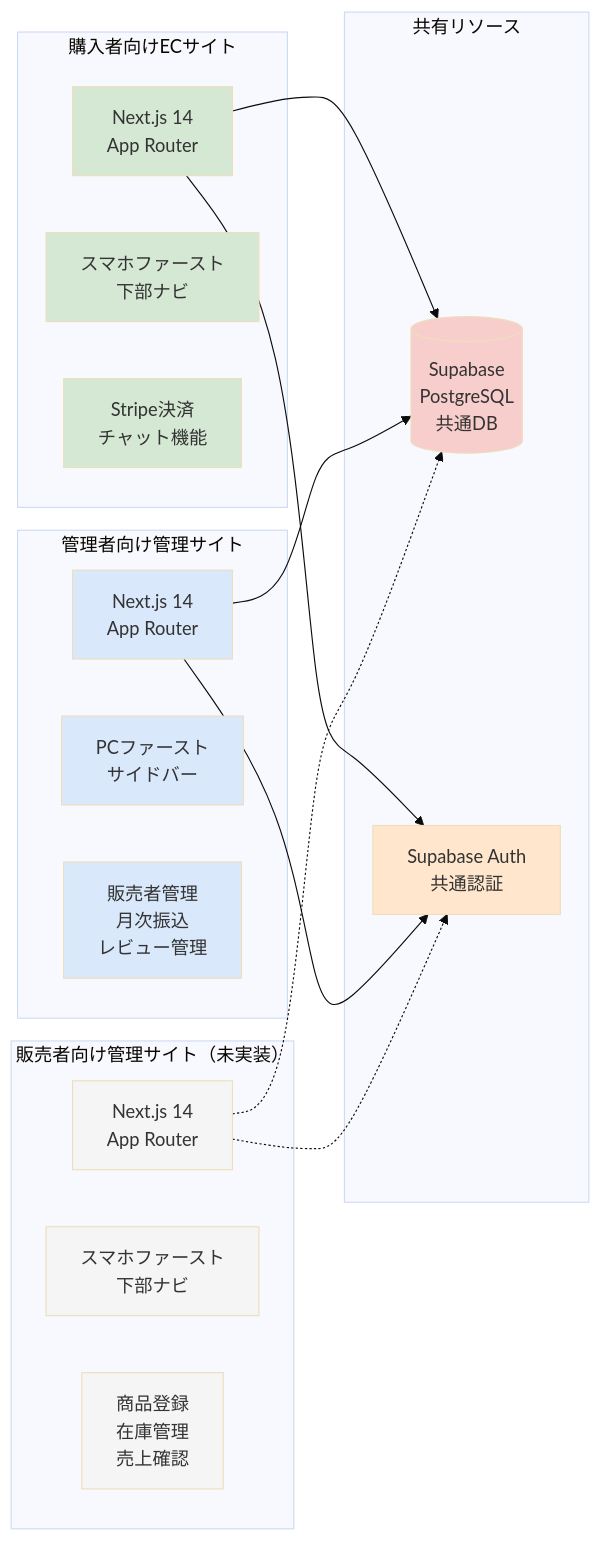
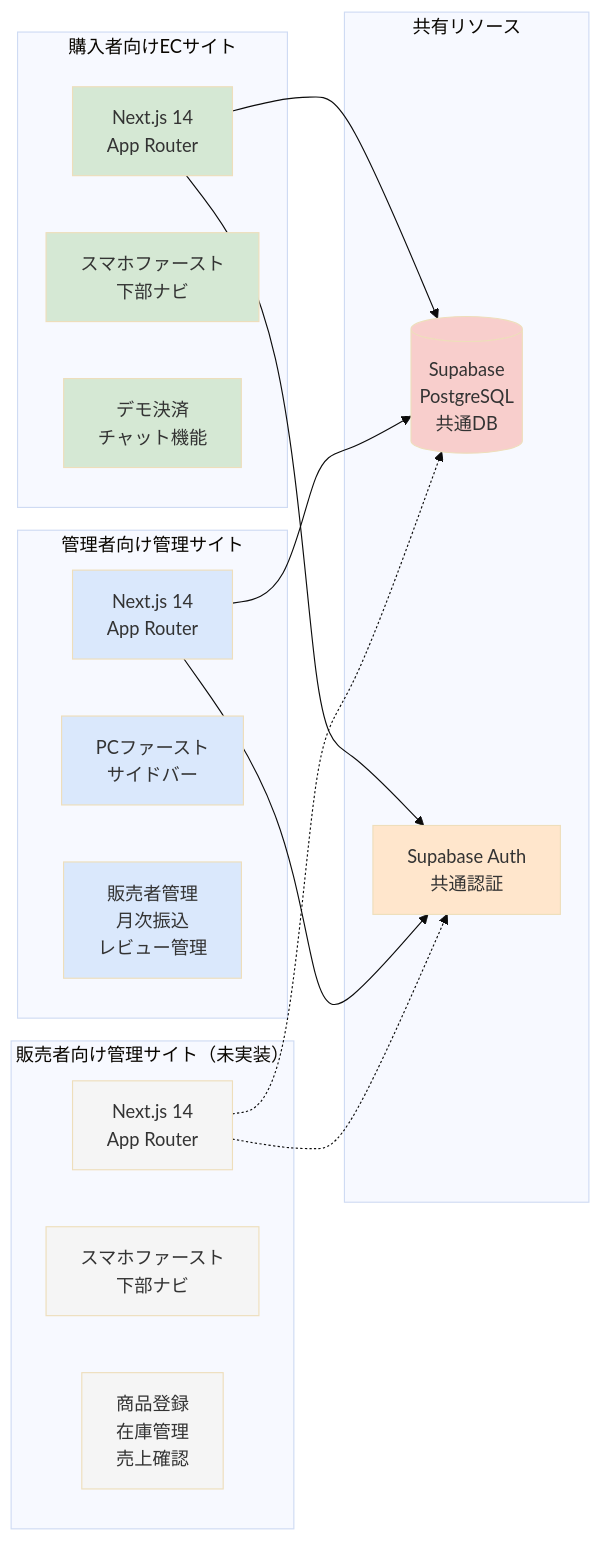
One commit to yasu-dev/tts-v1 changed the second of 16 diagrams in docs/architecture-diagrams.md. Above: the diagram before and after it, drawn with Mermaid (base theme). The commit also changed other lines of this file and 31 other files, not shown here.

````diff
--- a/docs/architecture-diagrams.md
+++ b/docs/architecture-diagrams.md
@@ -79,44 +83,44 @@
 ```mermaid
 graph LR
     subgraph "共有リソース"
         DB[(Supabase<br/>PostgreSQL<br/>共通DB)]
         AUTH[Supabase Auth<br/>共通認証]
     end
 
     subgraph "購入者向けECサイト"
         C1[Next.js 14<br/>App Router]
         C2[スマホファースト<br/>下部ナビ]
-        C3[Stripe決済<br/>チャット機能]
+        C3[デモ決済<br/>チャット機能]
     end
 
     subgraph "管理者向け管理サイト"
         A1[Next.js 14<br/>App Router]
         A2[PCファースト<br/>サイドバー]
         A3[販売者管理<br/>月次振込<br/>レビュー管理]
     end
 
     subgraph "販売者向け管理サイト（未実装）"
         S1[Next.js 14<br/>App Router]
         S2[スマホファースト<br/>下部ナビ]
         S3[商品登録<br/>在庫管理<br/>売上確認]
     end
 
     C1 --> DB
     C1 --> AUTH
     A1 --> DB
     A1 --> AUTH
     S1 -.-> DB
     S1 -.-> AUTH
 
     style C1 fill:#d5e8d4
     style C2 fill:#d5e8d4
     style C3 fill:#d5e8d4
     style A1 fill:#dae8fc
     style A2 fill:#dae8fc
     style A3 fill:#dae8fc
     style S1 fill:#f5f5f5
     style S2 fill:#f5f5f5
     style S3 fill:#f5f5f5
     style DB fill:#f8cecc
     style AUTH fill:#ffe6cc
 ```
````
